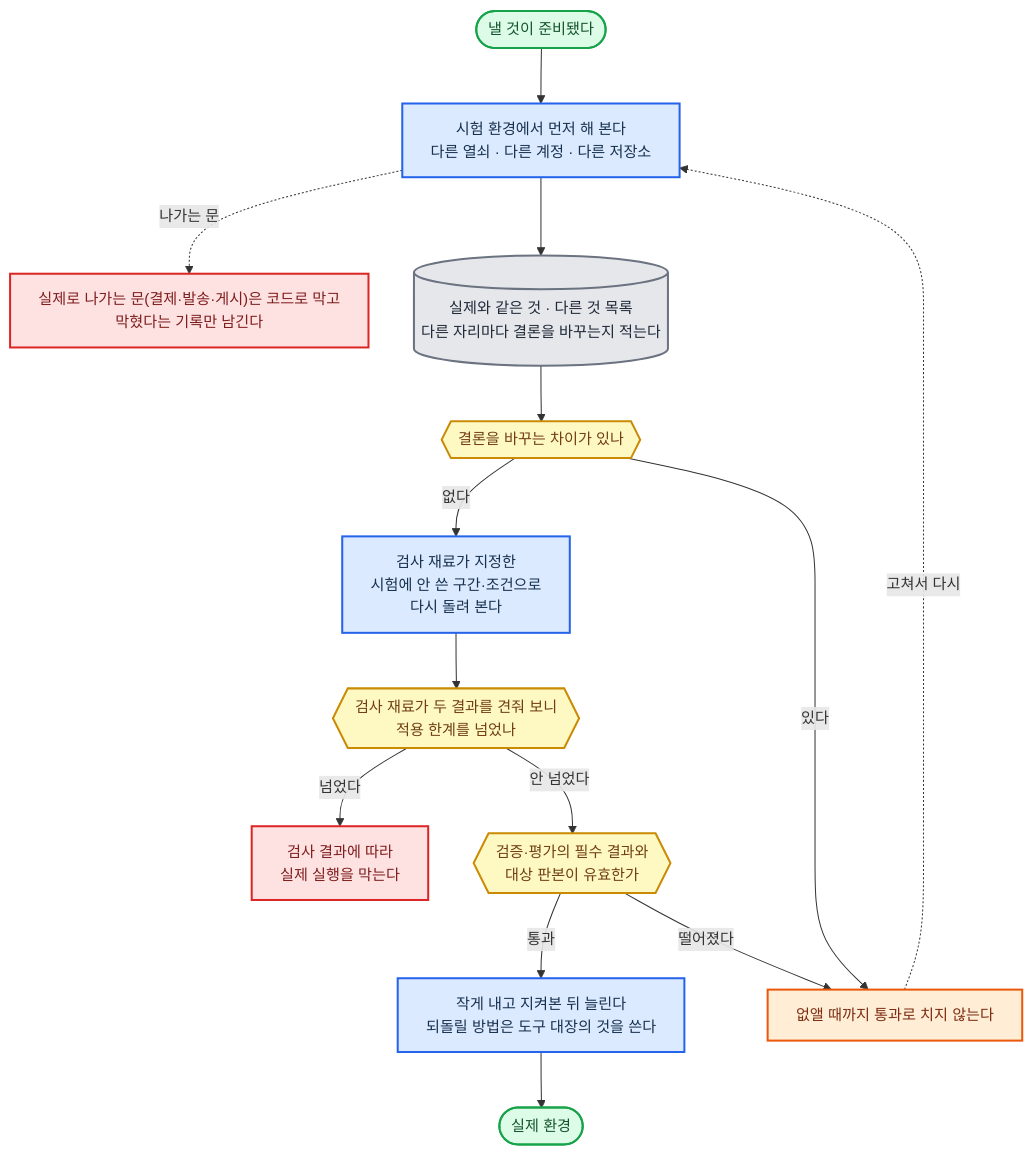
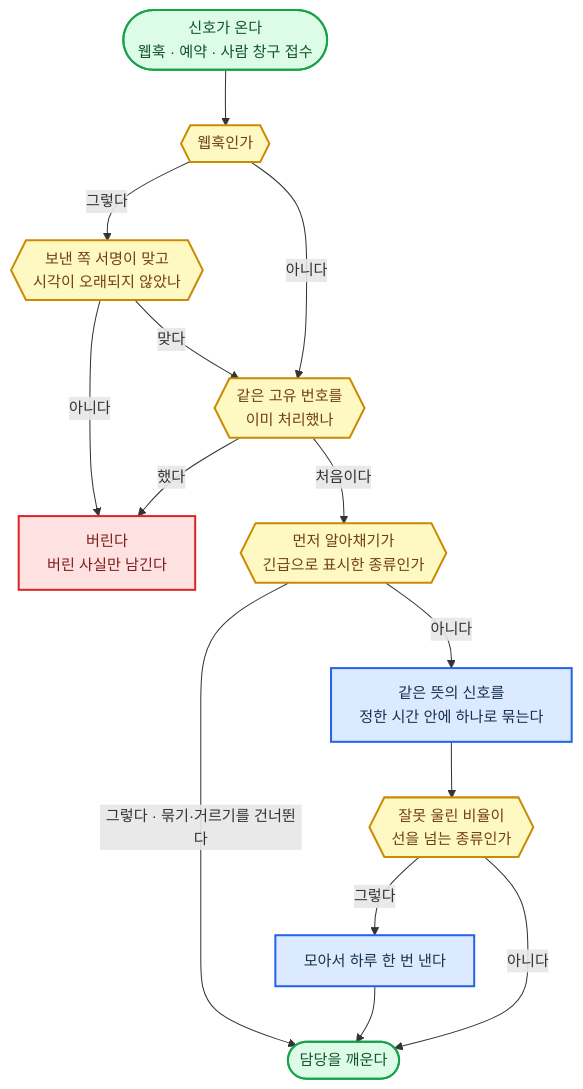
One commit to harisbaguette/expert changed the sixth of 14 diagrams in 전문가 에이전트 정의 2.md. Above: the diagram before and after it, drawn with Mermaid. The commit also changed other lines of this file, not shown here.

````diff
--- a/전문가 에이전트 정의 2.md
+++ b/전문가 에이전트 정의 2.md
@@ -1234,35 +1099,29 @@
 ```mermaid
 %%{init: {"flowchart": {"wrappingWidth": 640, "curve": "basis", "nodeSpacing": 45, "rankSpacing": 55, "padding": 14, "useMaxWidth": true}, "themeVariables": {"fontSize": "15px"}} }%%
 flowchart TB
-    PLAN(["낼 것이 준비됐다"]):::good
-    SAND["시험 환경에서 먼저 해 본다<br/>다른 열쇠 · 다른 계정 · 다른 저장소"]:::main
-    GATE["실제로 나가는 문(결제·발송·게시)은 코드로 막고<br/>막혔다는 기록만 남긴다"]:::stop
-    LIST[("실제와 같은 것 · 다른 것 목록<br/>다른 자리마다 결론을 바꾸는지 적는다")]:::store
-    Q1{{"결론을 바꾸는 차이가 있나"}}:::note
-    FIX["없앨 때까지 통과로 치지 않는다"]:::back
-    OOS["검사 재료가 지정한<br/>시험에 안 쓴 구간·조건으로<br/>다시 돌려 본다"]:::main
-    Q2{{"검사 재료가 두 결과를 견줘 보니<br/>적용 한계를 넘었나"}}:::note
-    DROPB["검사 결과에 따라<br/>실제 실행을 막는다"]:::stop
-    JUDGE{{"검증·평가의 필수 결과와<br/>대상 판본이 유효한가"}}:::note
-    SMALL["작게 내고 지켜본 뒤 늘린다<br/>되돌릴 방법은 도구 대장의 것을 쓴다"]:::main
-    REAL(["실제 환경"]):::good
-    SAND -. "나가는 문" .-> GATE
-    FIX -. "고쳐서 다시" .-> SAND
-    PLAN --> SAND
-    SAND --> LIST
-    LIST --> Q1
-    Q1 -- "없다" --> OOS
-    Q1 -- "있다" --> FIX
-    OOS --> Q2
-    Q2 -- "넘었다" --> DROPB
-    Q2 -- "안 넘었다" --> JUDGE
-    JUDGE -- "통과" --> SMALL
-    JUDGE -- "떨어졌다" --> FIX
-    SMALL --> REAL
-    classDef main fill:#dbeafe,stroke:#2563eb,stroke-width:2px,color:#17314f
-    classDef stop fill:#fee2e2,stroke:#dc2626,stroke-width:2px,color:#7f1d1d
-    classDef back fill:#ffedd5,stroke:#ea580c,stroke-width:2px,color:#7c2d12
-    classDef store fill:#e5e7eb,stroke:#6b7280,stroke-width:2px,color:#1f2937
+    IN(["신호가 온다<br/>웹훅 · 예약 · 사람 창구 접수"]):::good
+    W{{"웹훅인가"}}:::note
+    V{{"보낸 쪽 서명이 맞고<br/>시각이 오래되지 않았나"}}:::note
+    X["버린다<br/>버린 사실만 남긴다"]:::stop
+    K{{"같은 고유 번호를<br/>이미 처리했나"}}:::note
+    E{{"먼저 알아채기가<br/>긴급으로 표시한 종류인가"}}:::note
+    G["같은 뜻의 신호를<br/>정한 시간 안에 하나로 묶는다"]:::main
+    F{{"잘못 울린 비율이<br/>선을 넘는 종류인가"}}:::note
+    B["모아서 하루 한 번 낸다"]:::main
+    OUT(["담당을 깨운다"]):::good
+    IN --> W
+    W -- "그렇다" --> V
+    W -- "아니다" --> K
+    V -- "아니다" --> X
+    V -- "맞다" --> K
+    K -- "했다" --> X
+    K -- "처음이다" --> E
+    E -- "그렇다 · 묶기·거르기를 건너뛴다" --> OUT
+    E -- "아니다" --> G --> F
+    F -- "그렇다" --> B --> OUT
+    F -- "아니다" --> OUT
     classDef good fill:#dcfce7,stroke:#16a34a,stroke-width:2px,color:#14532d
     classDef note fill:#fef9c3,stroke:#ca8a04,stroke-width:2px,color:#713f12
+    classDef stop fill:#fee2e2,stroke:#dc2626,stroke-width:2px,color:#7f1d1d
+    classDef main fill:#dbeafe,stroke:#2563eb,stroke-width:2px,color:#17314f
 ```
````
